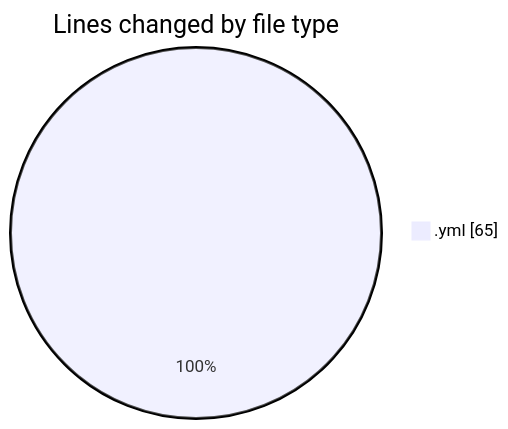
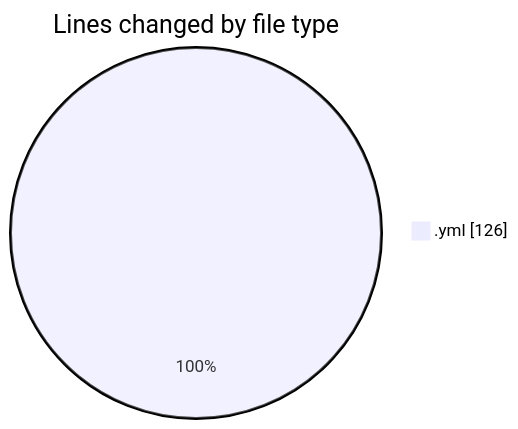
One commit to donsfak/code-tracking changed the first of 2 diagrams in 2025-02-10/maps_clone/README.md. Above: the diagram before and after it, drawn with Mermaid. The commit also changed other lines of this file and 1 other file, not shown here.

````diff
--- a/2025-02-10/maps_clone/README.md
+++ b/2025-02-10/maps_clone/README.md
@@ -20,5 +20,5 @@
 ```mermaid
 pie showData
 title Lines changed by file type
-".yml" : 65
+".yml" : 126
 ```
````
